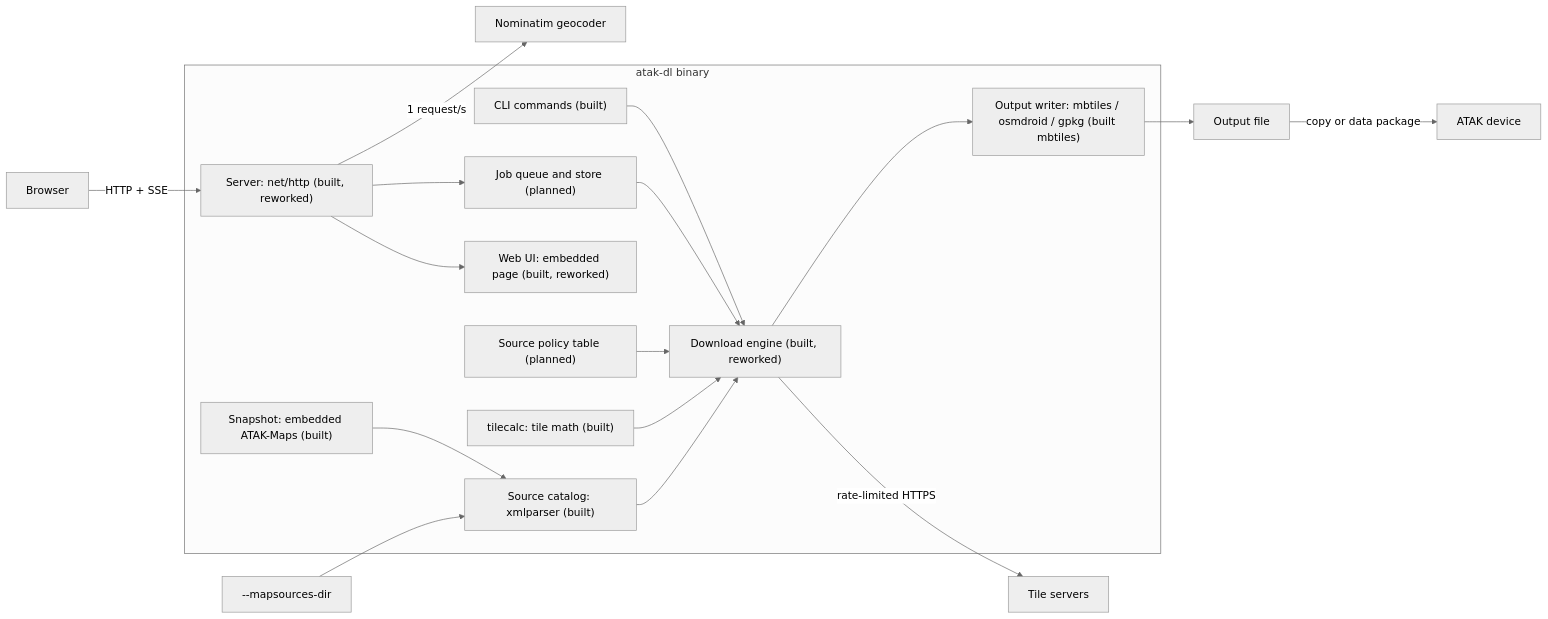
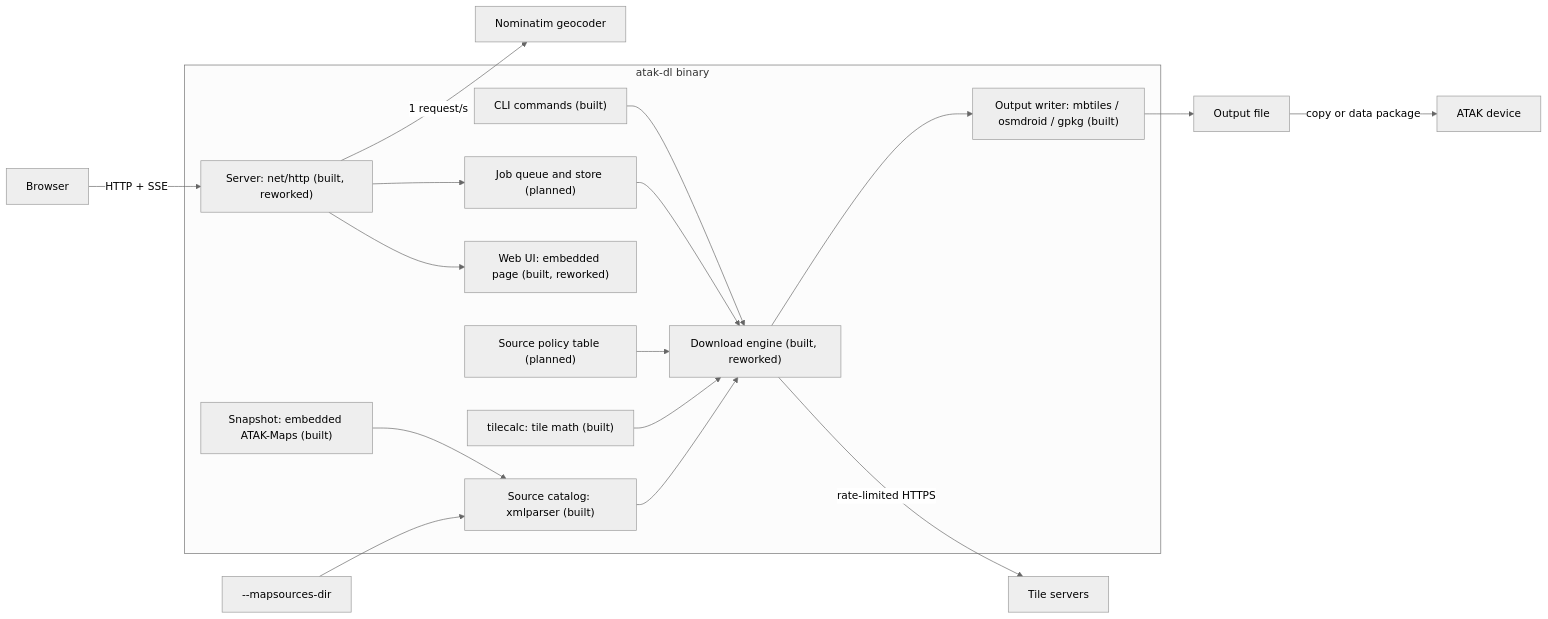
One commit to Crank-Git/ATAKMapDownloader changed the first of 3 diagrams in docs/specs/spec.md. Above: the diagram before and after it, drawn with Mermaid (neutral theme). The commit also changed other lines of this file and 7 other files, not shown here.

````diff
--- a/docs/specs/spec.md
+++ b/docs/specs/spec.md
@@ -152,28 +153,28 @@
 ```mermaid
 flowchart LR
   subgraph Binary["atak-dl binary"]
     CLI["CLI commands (built)"]
     Server["Server: net/http (built, reworked)"]
     WebUI["Web UI: embedded page (built, reworked)"]
     Catalog["Source catalog: xmlparser (built)"]
     Snapshot["Snapshot: embedded ATAK-Maps (built)"]
     Policy["Source policy table (planned)"]
     TileCalc["tilecalc: tile math (built)"]
     Engine["Download engine (built, reworked)"]
-    Writer["Output writer: mbtiles / osmdroid / gpkg (built mbtiles)"]
+    Writer["Output writer: mbtiles / osmdroid / gpkg (built)"]
     Jobs["Job queue and store (planned)"]
   end
   Browser["Browser"] -->|HTTP + SSE| Server
   Server --> WebUI
   CLI --> Engine
   Server --> Jobs --> Engine
   Snapshot --> Catalog
   SourceDir["--mapsources-dir"] --> Catalog
   Catalog --> Engine
   Policy --> Engine
   TileCalc --> Engine
   Engine -->|rate-limited HTTPS| Tiles["Tile servers"]
   Engine --> Writer --> Out["Output file"]
   Server -->|1 request/s| Nominatim["Nominatim geocoder"]
   Out -->|copy or data package| TAK["ATAK device"]
 ```
````
